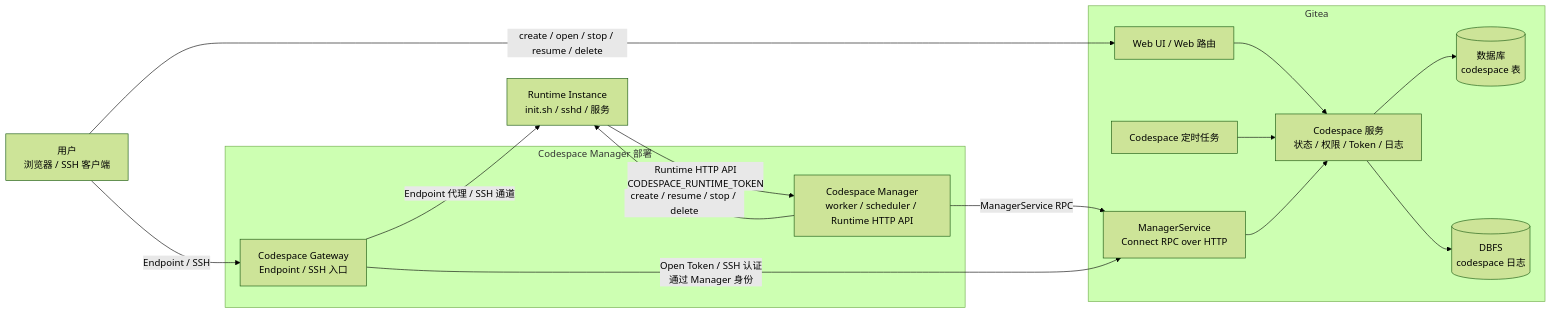
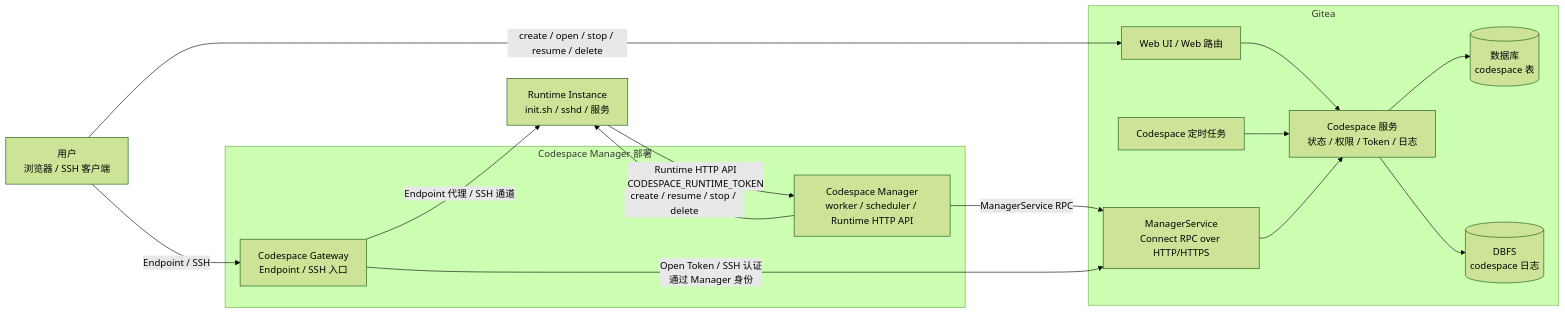
Before and after one commit to ExplodingDragon/gitea-dev: the first of 2 diagrams in src/README.md, drawn with Mermaid (forest theme). The commit also changed other lines of this file and 9 other files, not shown here.

````diff
--- a/src/README.md
+++ b/src/README.md
@@ -22,37 +22,37 @@
 ```mermaid
 flowchart LR
     User["用户<br/>浏览器 / SSH 客户端"]
 
     subgraph Gitea["Gitea"]
         Web["Web UI / Web 路由"]
-        ManagerRPC["ManagerService<br/>Connect RPC over HTTP"]
+        ManagerRPC["ManagerService<br/>Connect RPC over HTTP/HTTPS"]
         Service["Codespace 服务<br/>状态 / 权限 / Token / 日志"]
         Cron["Codespace 定时任务"]
         DB[("数据库<br/>codespace 表")]
         DBFS[("DBFS<br/>codespace 日志")]
     end
 
     subgraph ManagerDeployment["Codespace Manager 部署"]
         Manager["Codespace Manager<br/>worker / scheduler / Runtime HTTP API"]
         Gateway["Codespace Gateway<br/>Endpoint / SSH 入口"]
     end
 
     Runtime["Runtime Instance<br/>init.sh / sshd / 服务"]
 
     User -->|"create / open / stop / resume / delete"| Web
     User -->|"Endpoint / SSH"| Gateway
 
     Web --> Service
     Service --> DB
     Service --> DBFS
     Cron --> Service
 
     Manager -->|"ManagerService RPC"| ManagerRPC
     ManagerRPC --> Service
 
     Runtime -->|"Runtime HTTP API<br/>CODESPACE_RUNTIME_TOKEN"| Manager
     Manager -->|"create / resume / stop / delete"| Runtime
 
     Gateway -->|"Open Token / SSH 认证<br/>通过 Manager 身份"| ManagerRPC
     Gateway -->|"Endpoint 代理 / SSH 通道"| Runtime
 ```
````
